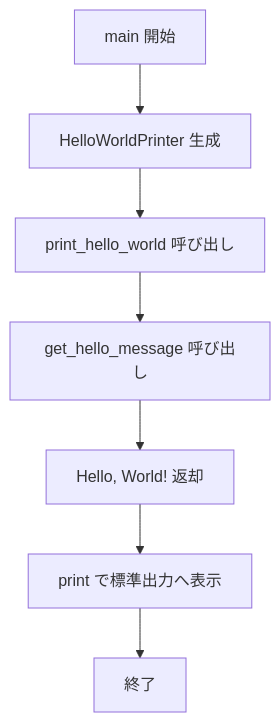
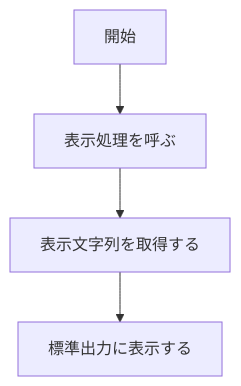
Before and after one commit to notfolder/isdd: the second of 3 diagrams in evals/isdd-setup/fixtures/docs/detail_design.md, drawn with Mermaid. The commit also changed other lines of this file and 127 other files, not shown here.

````diff
--- a/evals/isdd-setup/fixtures/docs/detail_design.md
+++ b/evals/isdd-setup/fixtures/docs/detail_design.md
@@ -70,9 +68,6 @@
 ```mermaid
 flowchart TD
-    A[main 開始] --> B[HelloWorldPrinter 生成]
-    B --> C[print_hello_world 呼び出し]
-    C --> D[get_hello_message 呼び出し]
-    D --> E["Hello, World!" 返却]
-    E --> F[print で標準出力へ表示]
-    F --> G[終了]
+    A[開始] --> B[表示処理を呼ぶ]
+    B --> C[表示文字列を取得する]
+    C --> D[標準出力に表示する]
 ```
````
